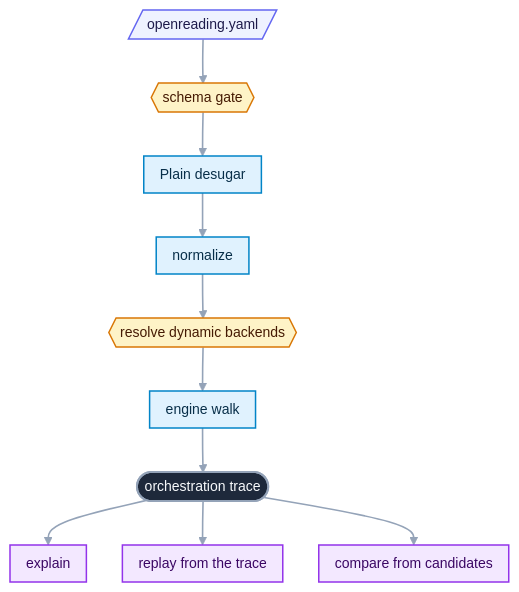
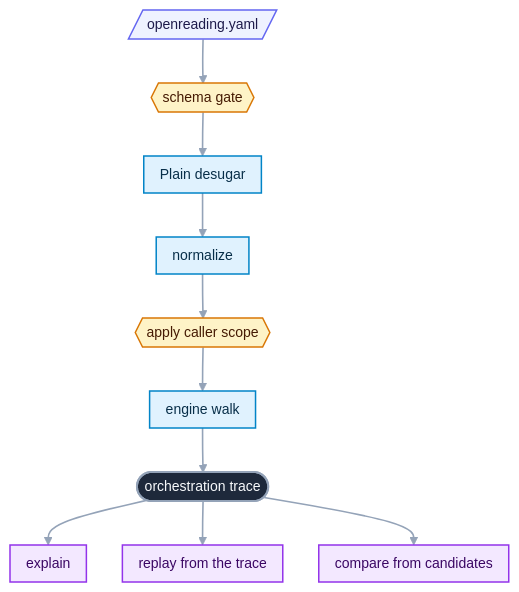
The first of 2 diagrams in src/openreading/strategies/README.md (openreading-ai/openreading-core), drawn with Mermaid before and after one commit. The commit also changed 11 other files, not shown here.

````diff
--- a/src/openreading/strategies/README.md
+++ b/src/openreading/strategies/README.md
@@ -29,22 +29,22 @@
 ```mermaid
 %%{init: {"theme":"base","themeVariables":{"fontFamily":"ui-sans-serif, system-ui, -apple-system, Segoe UI, Roboto, sans-serif","fontSize":"14px","lineColor":"#94a3b8","textColor":"#334155","primaryTextColor":"#0f172a","edgeLabelBackground":"#eef2f7","clusterBkg":"#f8fafc","clusterBorder":"#cbd5e1","titleColor":"#334155"},"flowchart":{"curve":"basis","nodeSpacing":36,"rankSpacing":44,"padding":8,"useMaxWidth":true}}}%%
 flowchart TD
   Y[/"openreading.yaml"/]:::src --> S{{"schema gate"}}:::gate
   S --> P["Plain desugar"]:::work
   P --> N["normalize"]:::work
-  N --> C{{"resolve dynamic backends"}}:::gate
+  N --> C{{"apply caller scope"}}:::gate
   C --> E["engine walk"]:::work
   E --> T(["orchestration trace"]):::hero
   T --> X["explain"]:::out
   T --> R["replay from the trace"]:::out
   T --> F["compare from candidates"]:::out
   classDef src fill:#eef2ff,stroke:#6366f1,stroke-width:1.5px,color:#1e1b4b;
   classDef work fill:#e0f2fe,stroke:#0284c7,stroke-width:1.5px,color:#082f49;
   classDef gate fill:#fef3c7,stroke:#d97706,stroke-width:1.5px,color:#451a03;
   classDef good fill:#dcfce7,stroke:#16a34a,stroke-width:1.5px,color:#052e16;
   classDef bad fill:#fee2e2,stroke:#dc2626,stroke-width:1.5px,color:#450a0a;
   classDef store fill:#ccfbf1,stroke:#0d9488,stroke-width:1.5px,color:#042f2e;
   classDef out fill:#f3e8ff,stroke:#9333ea,stroke-width:1.5px,color:#3b0764;
   classDef hero fill:#1e293b,stroke:#94a3b8,stroke-width:2px,color:#f8fafc;
   linkStyle default stroke-width:1.6px;
 ```
````
